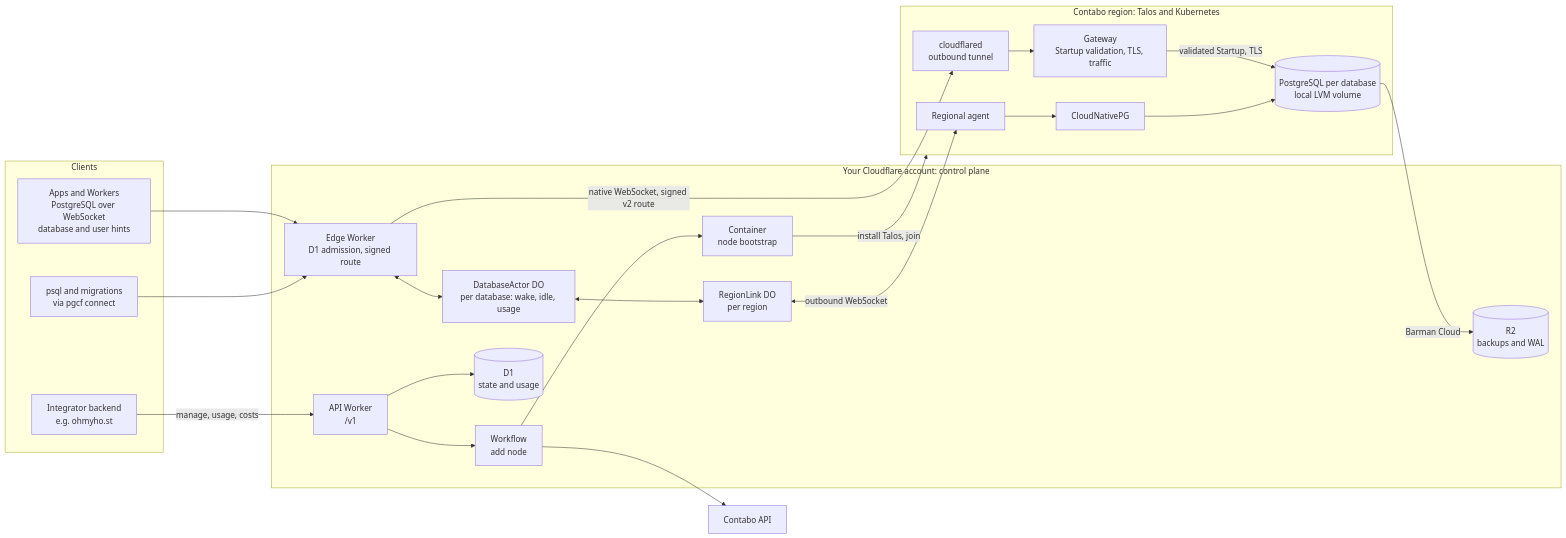
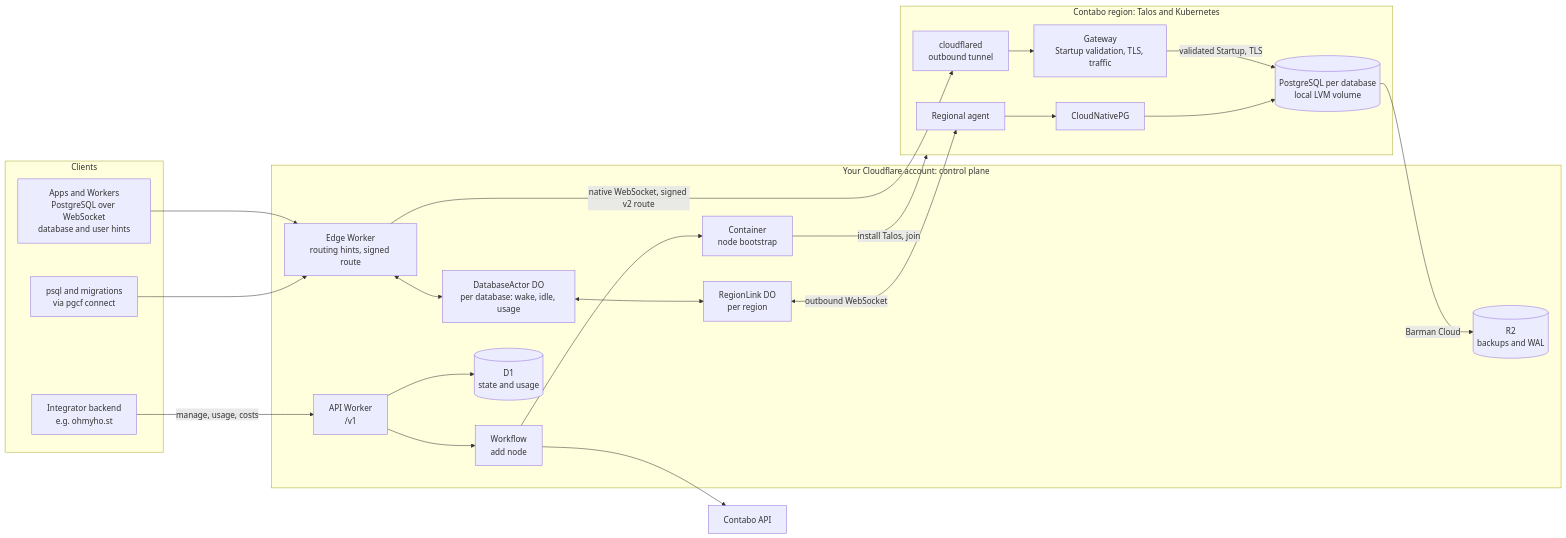
Before and after one commit to amerged-org/cloudflare-postgres: the first of 2 diagrams in README.md, drawn with Mermaid. The commit also changed 6 other files, not shown here.

````diff
--- a/README.md
+++ b/README.md
@@ -89,47 +89,47 @@
 ```mermaid
 flowchart LR
   subgraph Clients
     App["Apps and Workers<br/>PostgreSQL over WebSocket<br/>database and user hints"]
     Tools["psql and migrations<br/>via pgcf connect"]
     Integrator["Integrator backend<br/>e.g. ohmyho.st"]
   end
 
   subgraph CF["Your Cloudflare account: control plane"]
-    Edge["Edge Worker<br/>D1 admission, signed route"]
+    Edge["Edge Worker<br/>routing hints, signed route"]
     API["API Worker<br/>/v1"]
     DBA["DatabaseActor DO<br/>per database: wake, idle, usage"]
     RL["RegionLink DO<br/>per region"]
     WF["Workflow<br/>add node"]
     D1[("D1<br/>state and usage")]
     R2[("R2<br/>backups and WAL")]
     Boot["Container<br/>node bootstrap"]
   end
 
   subgraph Region["Contabo region: Talos and Kubernetes"]
     CFD["cloudflared<br/>outbound tunnel"]
     GW["Gateway<br/>Startup validation, TLS, traffic"]
     Agent["Regional agent"]
     CNPG["CloudNativePG"]
     PG[("PostgreSQL per database<br/>local LVM volume")]
   end
 
   Contabo["Contabo API"]
 
   App --> Edge
   Tools --> Edge
   Integrator -->|"manage, usage, costs"| API
   Edge <--> DBA
   Edge -->|"native WebSocket, signed v2 route"| CFD
   CFD --> GW
   GW -->|"validated Startup, TLS"| PG
   API --> D1
   API --> WF
   DBA <--> RL
   RL <-->|"outbound WebSocket"| Agent
   Agent --> CNPG
   CNPG --> PG
   PG -->|"Barman Cloud"| R2
   WF --> Contabo
   WF --> Boot
   Boot -->|"install Talos, join"| Region
 ```
````
